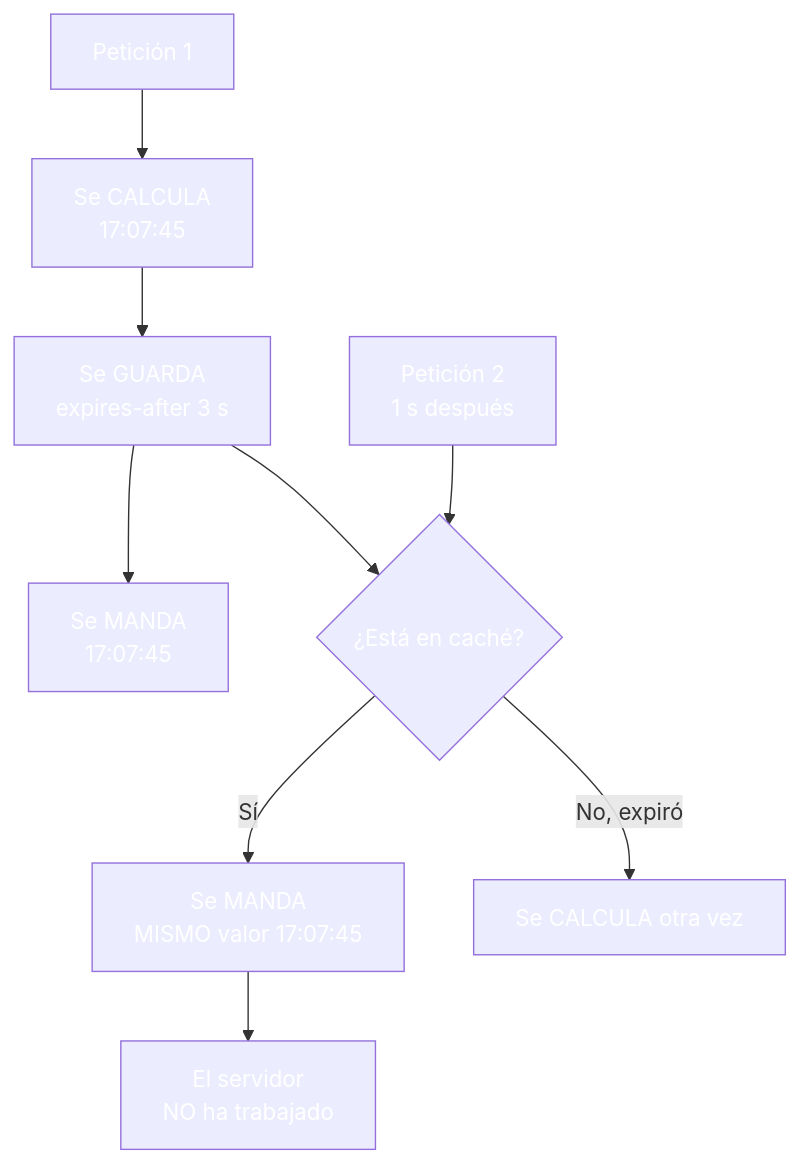
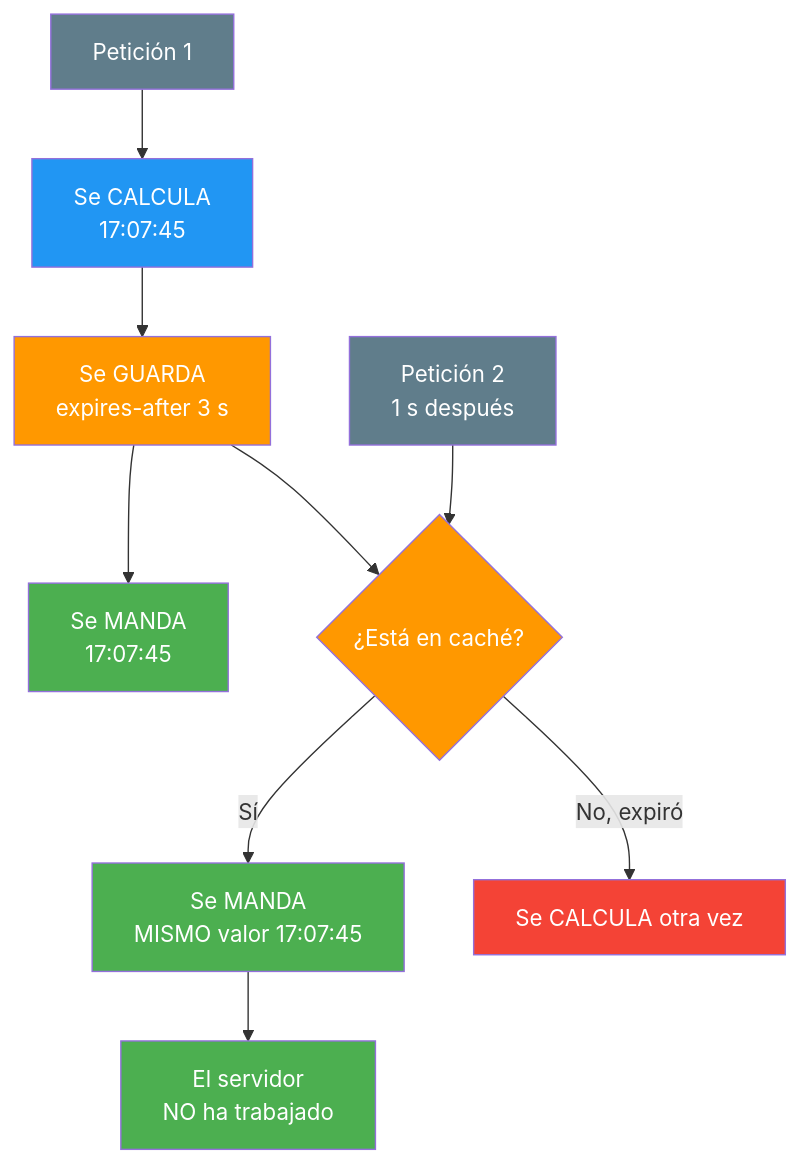
One commit to joseluisgs/DesarrolloWebEntornosServidor-03-2026-2027 changed the fourth of 5 diagrams in 06-taghelpers.md. Above: the diagram before and after it, drawn with Mermaid. The commit also changed other lines of this file and 25 other files, not shown here.

Commit message:
docs: corregir los estilos Mermaid de los temas y alinear el dominio del tema 25 con ProductosApp

````diff
--- a/06-taghelpers.md
+++ b/06-taghelpers.md
@@ -263,21 +263,21 @@
 ```mermaid
 graph TD
     A["Petición 1"] --> B["Se CALCULA<br/>17:07:45"]
     B --> C["Se GUARDA<br/>expires-after 3 s"]
     C --> D["Se MANDA<br/>17:07:45"]
     E["Petición 2<br/>1 s después"] --> F{"¿Está en caché?"}
     F -->|Sí| G["Se MANDA<br/>MISMO valor 17:07:45"]
     F -->|No, expiró| H["Se CALCULA otra vez"]
     C --> F
     G --> I["El servidor<br/>NO ha trabajado"]
 
-    style A fill:#607D8,color:#fffB,color:#fff
-    style B fill:#2196F,color:#fff3,color:#fff
-    style C fill:#FF980,color:#fff0,color:#fff
-    style D fill:#4CAF5,color:#fff0,color:#fff
-    style E fill:#607D8,color:#fffB,color:#fff
-    style F fill:#FF980,color:#fff0,color:#fff
-    style G fill:#4CAF5,color:#fff0,color:#fff
-    style H fill:#f4433,color:#fff6,color:#fff
-    style I fill:#4CAF5,color:#fff0,color:#fff
+    style A fill:#607D8B,color:#fff
+    style B fill:#2196F3,color:#fff
+    style C fill:#FF9800,color:#fff
+    style D fill:#4CAF50,color:#fff
+    style E fill:#607D8B,color:#fff
+    style F fill:#FF9800,color:#fff
+    style G fill:#4CAF50,color:#fff
+    style H fill:#f44336,color:#fff
+    style I fill:#4CAF50,color:#fff
 ```
````
